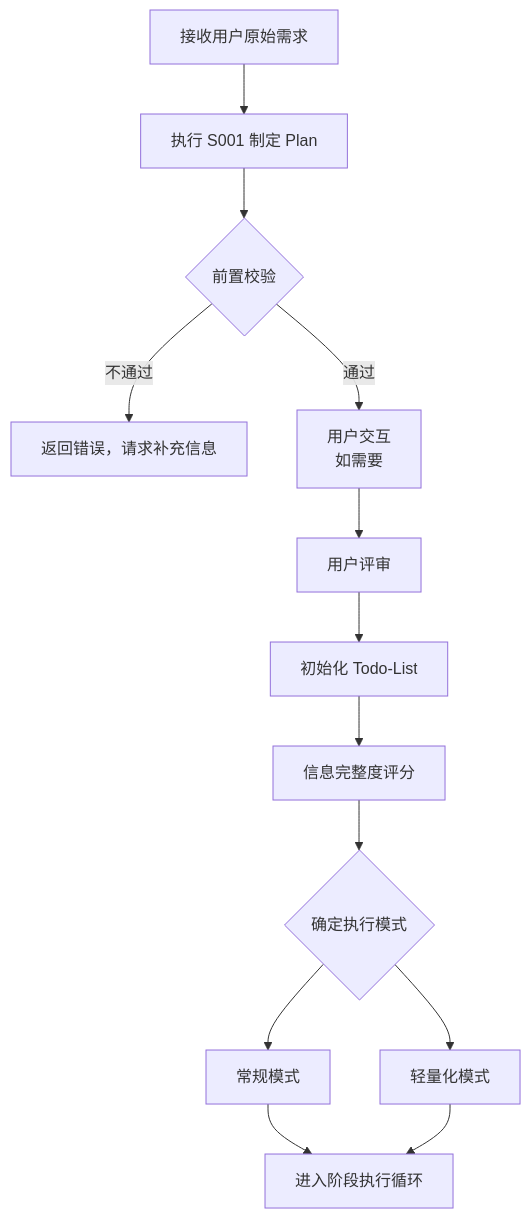
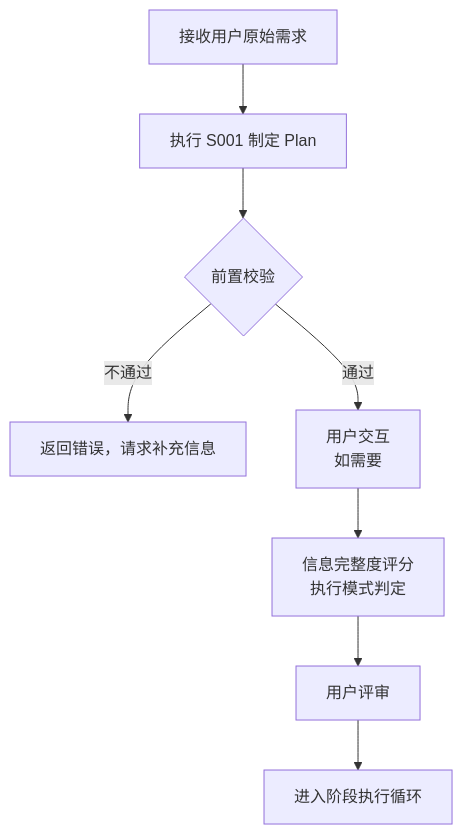
Before and after one commit to HeartFlying/swf: the first of 8 diagrams in agents/coordinator.md, drawn with Mermaid. The commit also changed other lines of this file and 134 other files, not shown here.

````diff
--- a/agents/coordinator.md
+++ b/agents/coordinator.md
@@ -25,15 +24,11 @@
 ```mermaid
 flowchart TD
     Start[接收用户原始需求] --> Skill0[执行 S001 制定 Plan]
     Skill0 --> Check{前置校验}
     Check -->|不通过 | Error[返回错误，请求补充信息]
     Check -->|通过 | Interact[用户交互<br/>如需要]
-    Interact --> Review[用户评审]
-    Review --> Init[初始化 Todo-List]
-    Init --> Score[信息完整度评分]
-    Score --> Mode{确定执行模式}
-    Mode --> Normal[常规模式]
-    Mode --> Light[轻量化模式]
-    Normal --> Loop[进入阶段执行循环]
-    Light --> Loop
+    Interact --> Score[信息完整度评分
+执行模式判定]
+    Score --> Review[用户评审]
+    Review --> Loop[进入阶段执行循环]
 ```
````
